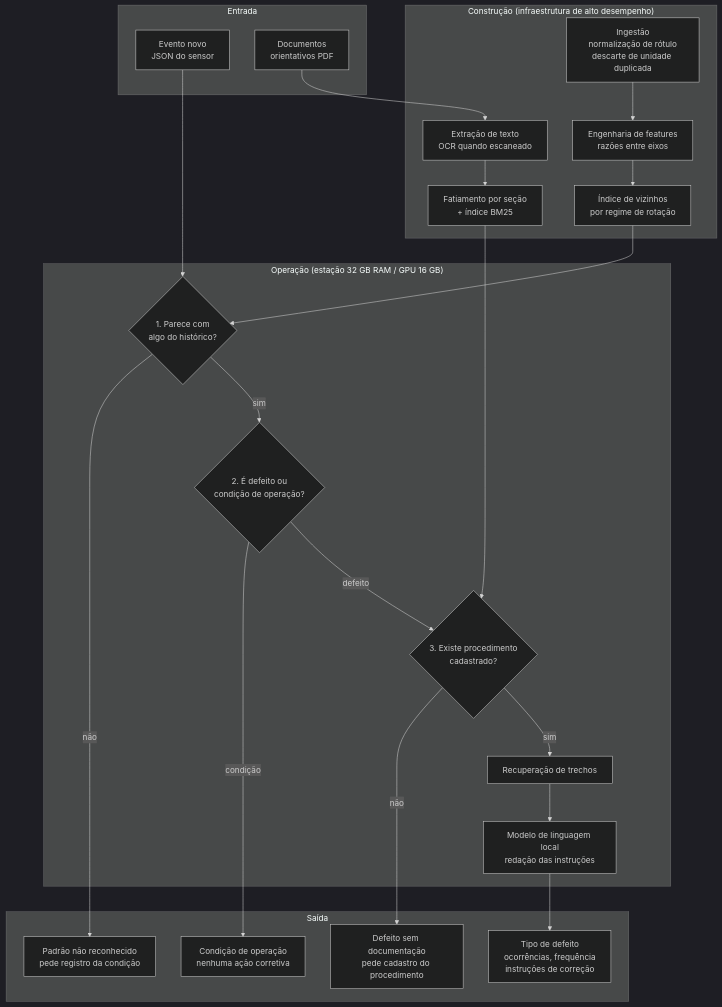
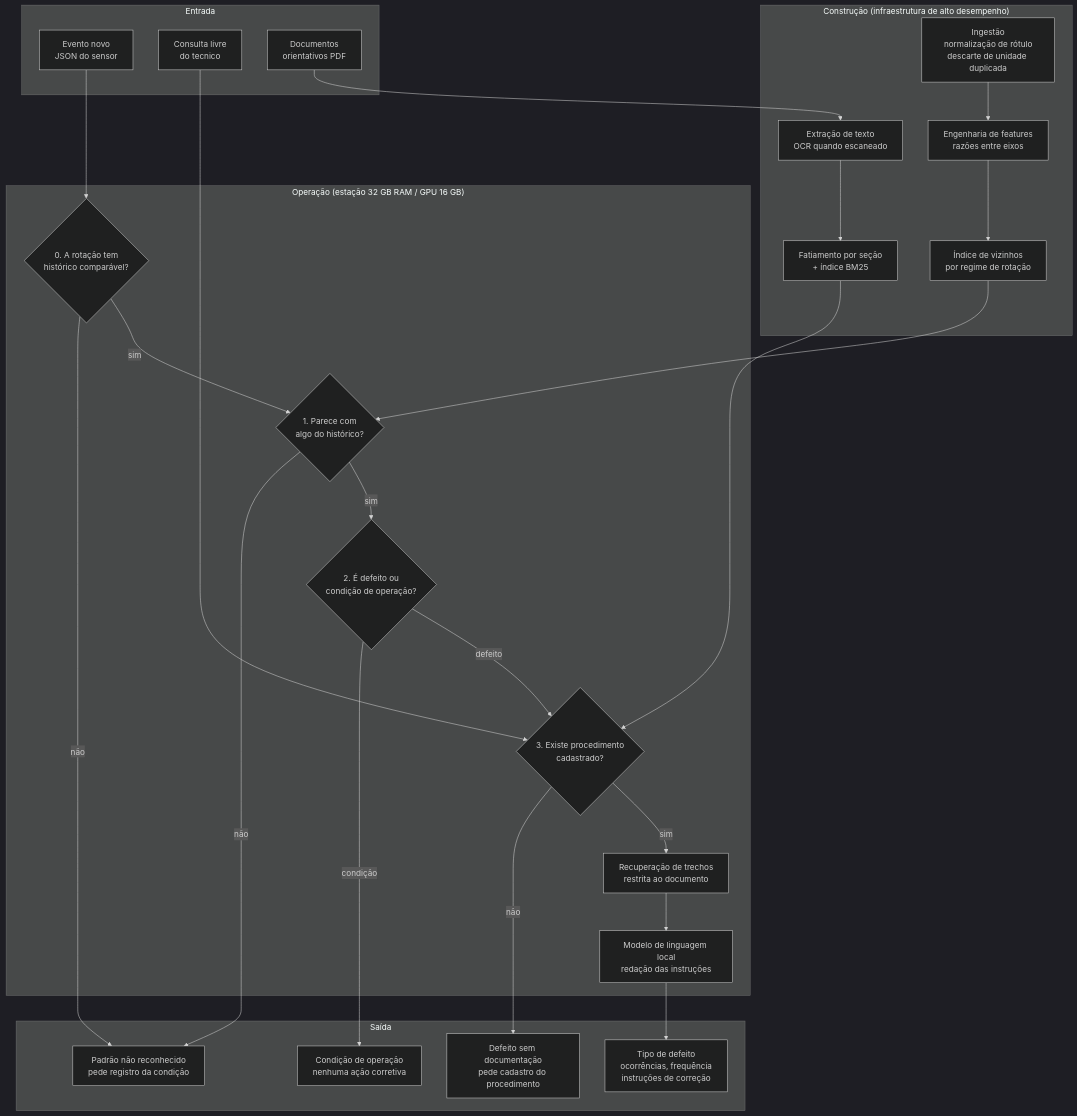
One commit to Dimitrearaujo/prova-manutencao-prescritiva changed the first of 2 diagrams in docs/ARQUITETURA.md. Above: the diagram before and after it, drawn with Mermaid (dark theme). The commit also changed other lines of this file and 41 other files, not shown here.

````diff
--- a/docs/ARQUITETURA.md
+++ b/docs/ARQUITETURA.md
@@ -22,40 +22,45 @@
 ```mermaid
 flowchart TB
     subgraph entrada[Entrada]
         EV["Evento novo<br/>JSON do sensor"]
+        PG["Consulta livre<br/>do tecnico"]
         DOC["Documentos<br/>orientativos PDF"]
     end
 
     subgraph offline["Construção (infraestrutura de alto desempenho)"]
         ING["Ingestão<br/>normalização de rótulo<br/>descarte de unidade duplicada"]
         FEAT["Engenharia de features<br/>razões entre eixos"]
         IDX["Índice de vizinhos<br/>por regime de rotação"]
         OCR["Extração de texto<br/>OCR quando escaneado"]
         CHK["Fatiamento por seção<br/>+ índice BM25"]
     end
 
     subgraph online["Operação (estação 32 GB RAM / GPU 16 GB)"]
+        P0{"0. A rotação tem<br/>histórico comparável?"}
         P1{"1. Parece com<br/>algo do histórico?"}
         P2{"2. É defeito ou<br/>condição de operação?"}
         P3{"3. Existe procedimento<br/>cadastrado?"}
-        RAG["Recuperação de trechos"]
+        RAG["Recuperação de trechos<br/>restrita ao documento"]
         LLM["Modelo de linguagem local<br/>redação das instruções"]
     end
 
     subgraph saida[Saída]
         S1["Padrão não reconhecido<br/>pede registro da condição"]
         S2["Condição de operação<br/>nenhuma ação corretiva"]
         S3["Defeito sem documentação<br/>pede cadastro do procedimento"]
         S4["Tipo de defeito<br/>ocorrências, frequência<br/>instruções de correção"]
     end
 
-    EV --> P1
+    EV --> P0
+    PG --> P3
     DOC --> OCR --> CHK --> P3
     ING --> FEAT --> IDX --> P1
+    P0 -->|não| S1
+    P0 -->|sim| P1
     P1 -->|não| S1
     P1 -->|sim| P2
     P2 -->|condição| S2
     P2 -->|defeito| P3
     P3 -->|não| S3
     P3 -->|sim| RAG --> LLM --> S4
 ```
````
